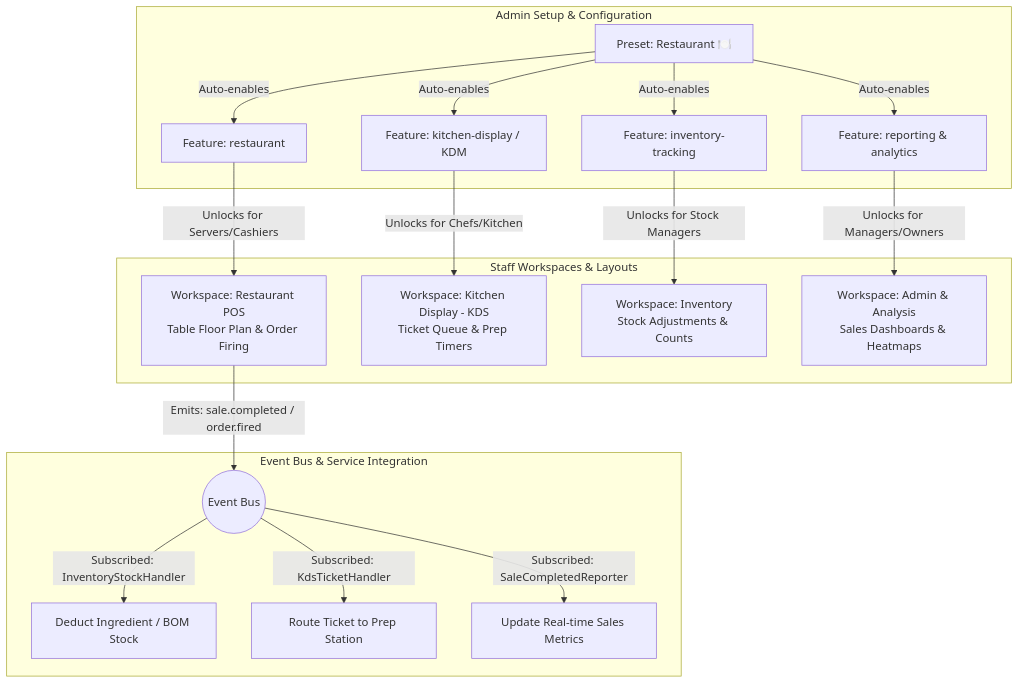
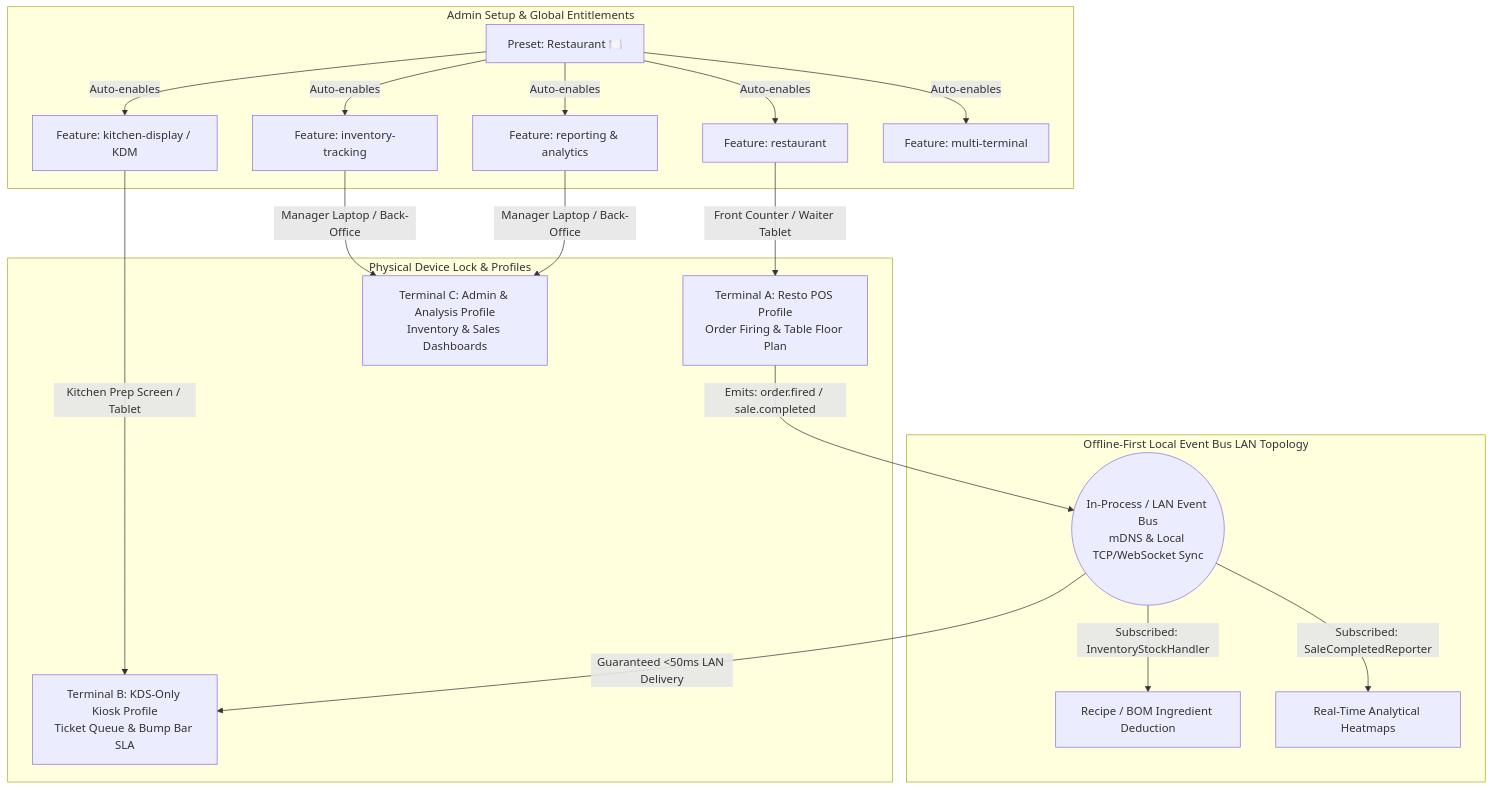
One commit to kardelitaitu/oz-pos changed the diagram in docs/MODULAR_APP_PLAN.md. Above: the diagram before and after it, drawn with Mermaid. The commit also changed other lines of this file and 12 other files, not shown here.

````diff
--- a/docs/MODULAR_APP_PLAN.md
+++ b/docs/MODULAR_APP_PLAN.md
@@ -39,23 +53,23 @@
 ```mermaid
 graph TD
-    subgraph Admin Setup & Configuration
+    subgraph Admin Setup & Global Entitlements
       Preset[Preset: Restaurant 🍽️] -->|Auto-enables| F1[Feature: restaurant]
       Preset -->|Auto-enables| F2[Feature: kitchen-display / KDM]
       Preset -->|Auto-enables| F3[Feature: inventory-tracking]
       Preset -->|Auto-enables| F4[Feature: reporting & analytics]
+      Preset -->|Auto-enables| F5[Feature: multi-terminal]
     end
 
-    subgraph Staff Workspaces & Layouts
-      F1 -->|Unlocks for Servers/Cashiers| WS1[Workspace: Restaurant POS<br>Table Floor Plan & Order Firing]
-      F2 -->|Unlocks for Chefs/Kitchen| WS2[Workspace: Kitchen Display - KDS<br>Ticket Queue & Prep Timers]
-      F3 -->|Unlocks for Stock Managers| WS3[Workspace: Inventory<br>Stock Adjustments & Counts]
-      F4 -->|Unlocks for Managers/Owners| WS4[Workspace: Admin & Analysis<br>Sales Dashboards & Heatmaps]
+    subgraph Physical Device Lock & Profiles
+      F1 -->|Front Counter / Waiter Tablet| D1[Terminal A: Resto POS Profile<br>Order Firing & Table Floor Plan]
+      F2 -->|Kitchen Prep Screen / Tablet| D2[Terminal B: KDS-Only Kiosk Profile<br>Ticket Queue & Bump Bar SLA]
+      F3 & F4 -->|Manager Laptop / Back-Office| D3[Terminal C: Admin & Analysis Profile<br>Inventory & Sales Dashboards]
     end
 
-    subgraph Event Bus & Service Integration
-      WS1 -->|Emits: sale.completed / order.fired| EventBus((Event Bus))
-      EventBus -->|Subscribed: InventoryStockHandler| Deduct[Deduct Ingredient / BOM Stock]
-      EventBus -->|Subscribed: KdsTicketHandler| Route[Route Ticket to Prep Station]
-      EventBus -->|Subscribed: SaleCompletedReporter| Analytics[Update Real-time Sales Metrics]
+    subgraph Offline-First Local Event Bus LAN Topology
+      D1 -->|Emits: order.fired / sale.completed| LocalBus((In-Process / LAN Event Bus<br>mDNS & Local TCP/WebSocket Sync))
+      LocalBus -->|Guaranteed <50ms LAN Delivery| D2
+      LocalBus -->|Subscribed: InventoryStockHandler| Deduct[Recipe / BOM Ingredient Deduction]
+      LocalBus -->|Subscribed: SaleCompletedReporter| Analytics[Real-Time Analytical Heatmaps]
     end
 ```
````
